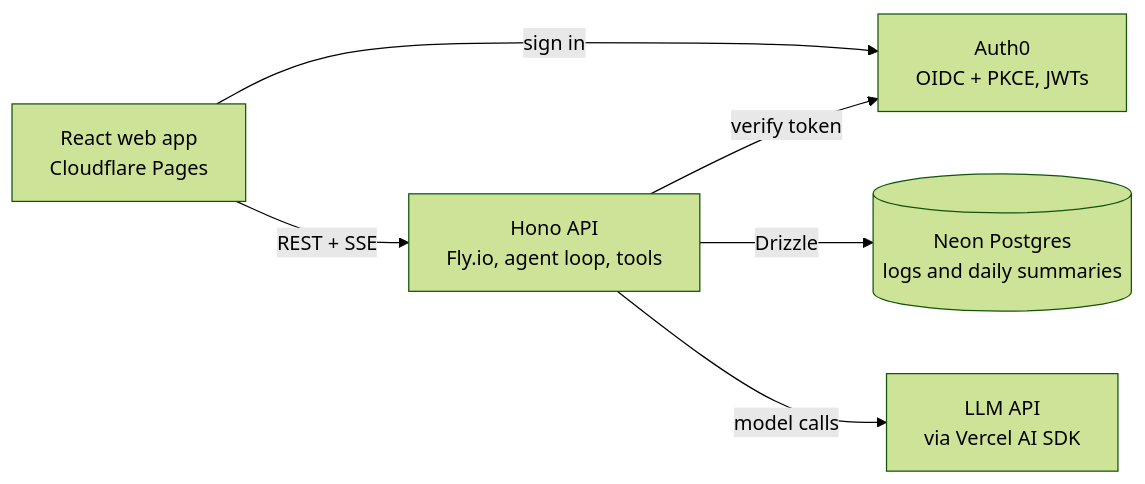
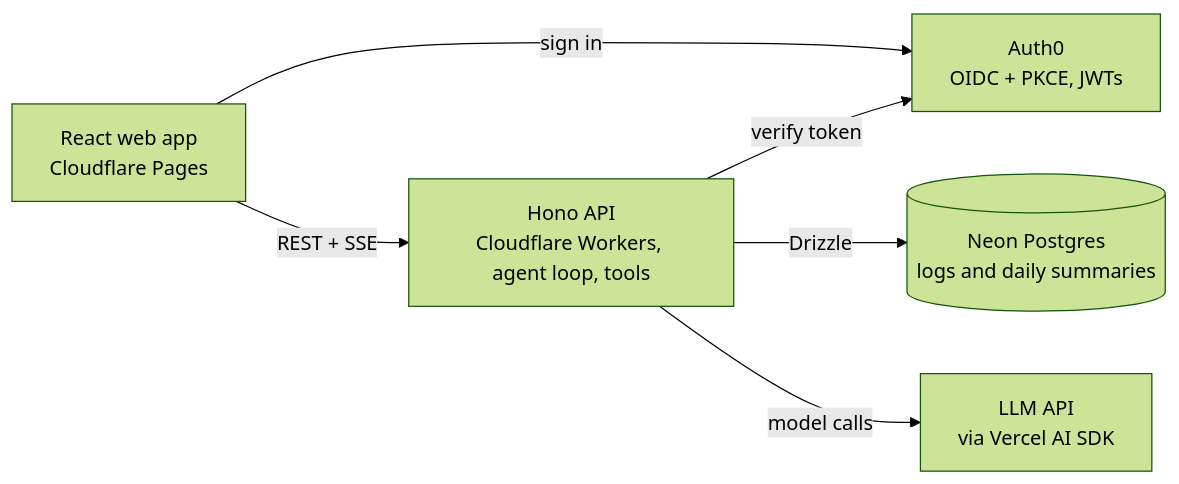
The diagram in docs/DESIGN.md (MikeHake/ai-wellness-coach), drawn with Mermaid (forest theme) before and after one commit. The commit also changed other lines of this file and 19 other files, not shown here.

First line of the commit message:
feat: deploy the API to Cloudflare Workers and the web app to Pages (#18)

````diff
--- a/docs/DESIGN.md
+++ b/docs/DESIGN.md
@@ -56,8 +65,8 @@
 ```mermaid
 flowchart LR
-  web["React web app<br/>Cloudflare Pages"] -- "REST + SSE" --> api["Hono API<br/>Fly.io, agent loop, tools"]
+  web["React web app<br/>Cloudflare Pages"] -- "REST + SSE" --> api["Hono API<br/>Cloudflare Workers, agent loop, tools"]
   web -- "sign in" --> auth["Auth0<br/>OIDC + PKCE, JWTs"]
   api -- "verify token" --> auth
   api -- "Drizzle" --> db[("Neon Postgres<br/>logs and daily summaries")]
   api -- "model calls" --> llm["LLM API<br/>via Vercel AI SDK"]
 ```
````
